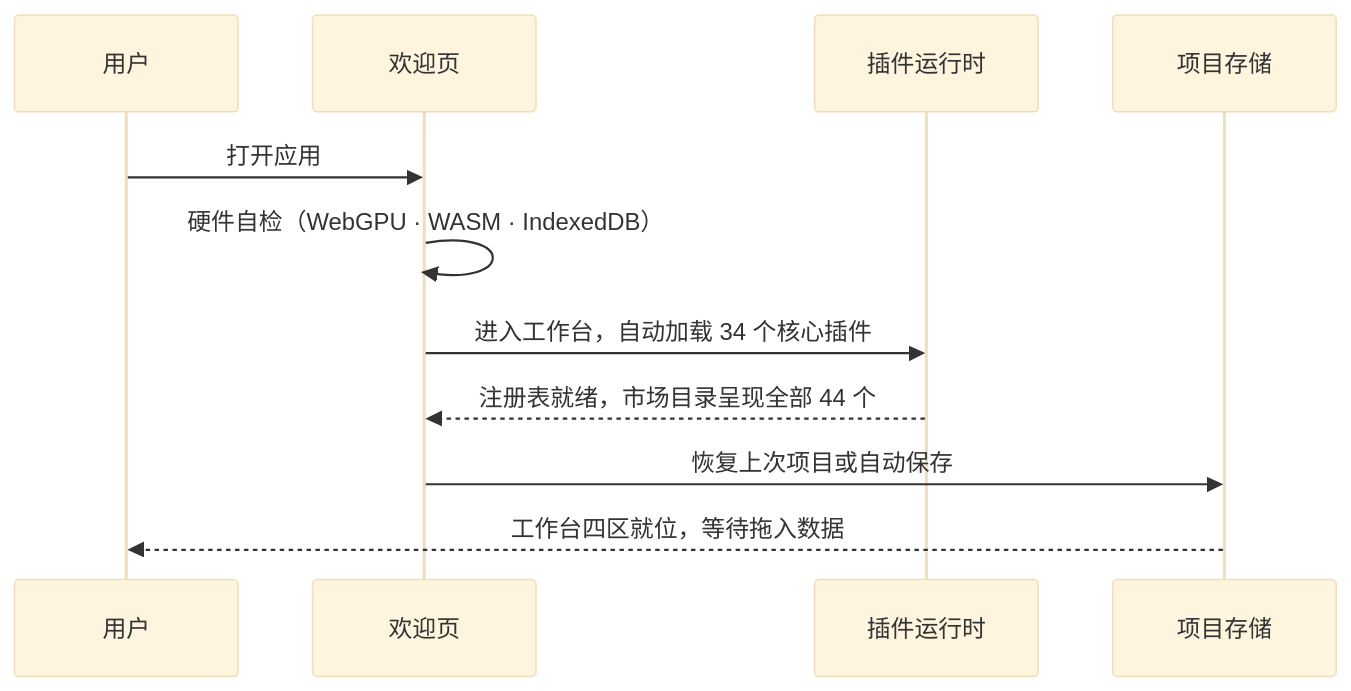
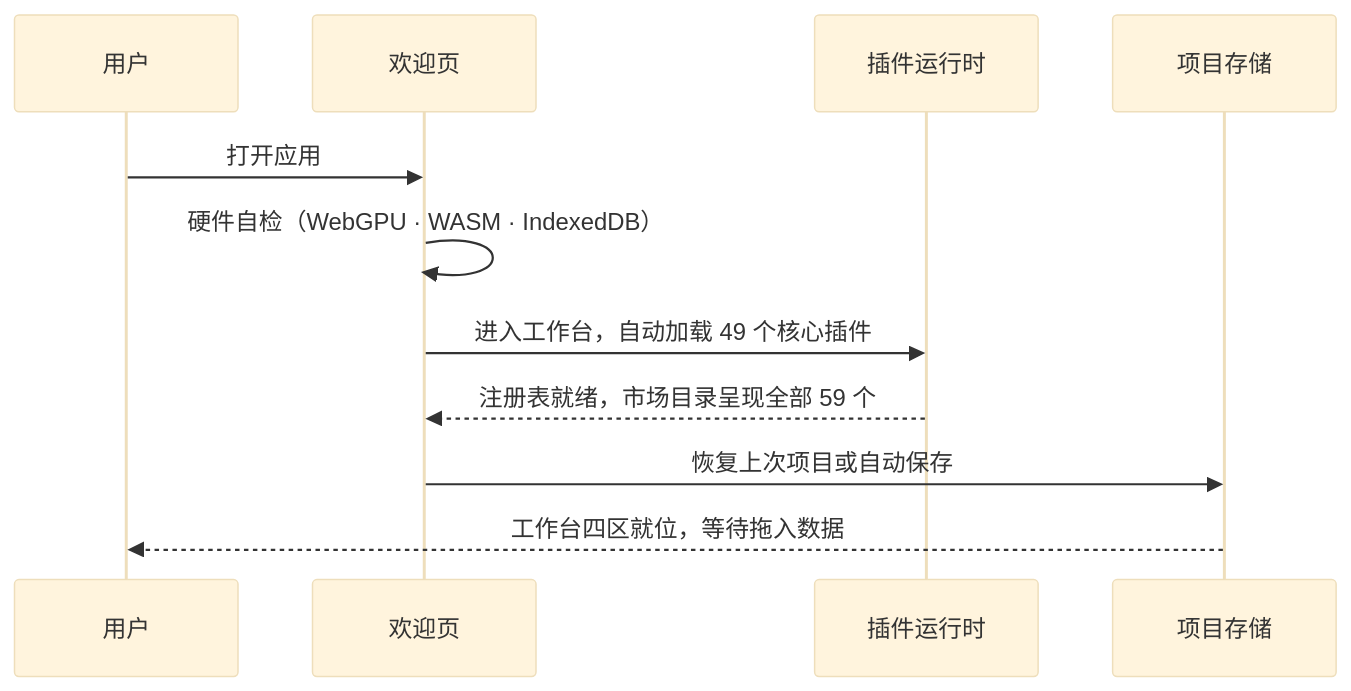
Before and after one commit to SnowLeopard-io/ErgalicsStudio: the second of 3 diagrams in docs/technical/02-系统架构.md, drawn with Mermaid (base theme). The commit also changed other lines of this file and 35 other files, not shown here.

````diff
--- a/docs/technical/02-系统架构.md
+++ b/docs/technical/02-系统架构.md
@@ -99,13 +99,13 @@
 ```mermaid
 sequenceDiagram
     participant U as 用户
     participant W as 欢迎页
     participant P as 插件运行时
     participant S as 项目存储
     U->>W: 打开应用
     W->>W: 硬件自检（WebGPU · WASM · IndexedDB）
-    W->>P: 进入工作台，自动加载 34 个核心插件
-    P-->>W: 注册表就绪，市场目录呈现全部 44 个
+    W->>P: 进入工作台，自动加载 49 个核心插件
+    P-->>W: 注册表就绪，市场目录呈现全部 59 个
     W->>S: 恢复上次项目或自动保存
     S-->>U: 工作台四区就位，等待拖入数据
 ```
````
